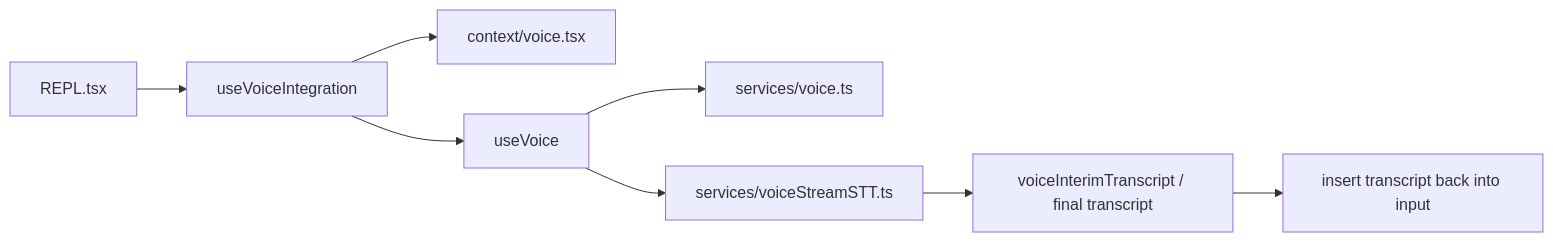
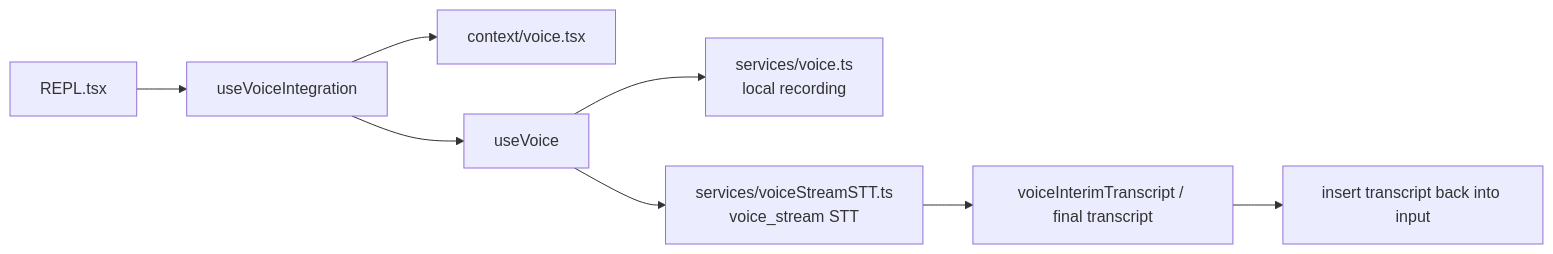
One commit to Boulea7/ClaudeCode-Source-DeepDive changed the fourth of 4 diagrams in MODULES/04-buddy-voice-vim-and-terminal-ui/DEEP/README.md. Above: the diagram before and after it, drawn with Mermaid. The commit also changed other lines of this file and 5 other files, not shown here.

````diff
--- a/MODULES/04-buddy-voice-vim-and-terminal-ui/DEEP/README.md
+++ b/MODULES/04-buddy-voice-vim-and-terminal-ui/DEEP/README.md
@@ -229,10 +251,10 @@
 ```mermaid
 flowchart LR
     A[REPL.tsx] --> B[useVoiceIntegration]
     B --> C[context/voice.tsx]
     B --> D[useVoice]
-    D --> E[services/voice.ts]
-    D --> F[services/voiceStreamSTT.ts]
+    D --> E[services/voice.ts<br/>local recording]
+    D --> F[services/voiceStreamSTT.ts<br/>voice_stream STT]
     F --> G[voiceInterimTranscript / final transcript]
     G --> H[insert transcript back into input]
 ```
````
